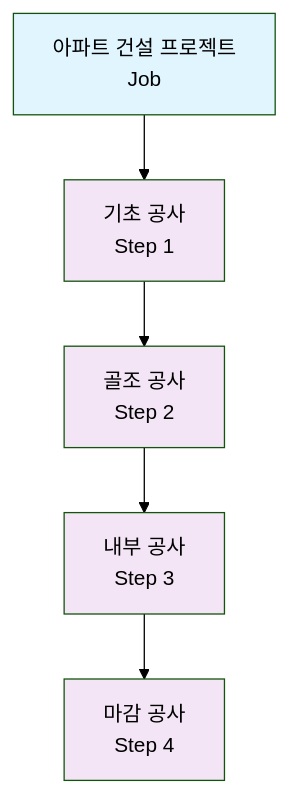
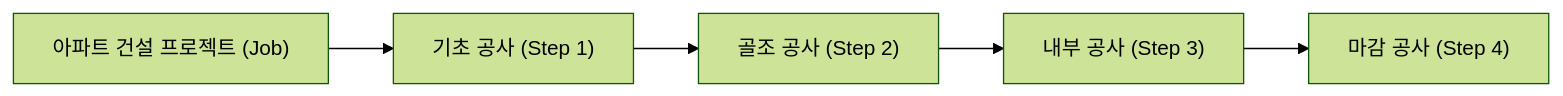
Before and after one commit to Jonny-Cho/jonny-cho.github.io: the first of 3 diagrams in content/spring/2025-07-27-spring-batch-chapter1-what-is-spring-batch.md, drawn with Mermaid (forest theme). The commit also changed other lines of this file and 1 other file, not shown here.

Commit message:
chore: mermaid에서 br 제거

````diff
--- a/content/spring/2025-07-27-spring-batch-chapter1-what-is-spring-batch.md
+++ b/content/spring/2025-07-27-spring-batch-chapter1-what-is-spring-batch.md
@@ -145,13 +145,13 @@
 ```mermaid
-graph TD
-    A[아파트 건설 프로젝트<br/>Job] --> B[기초 공사<br/>Step 1]
-    B --> C[골조 공사<br/>Step 2]
-    C --> D[내부 공사<br/>Step 3]
-    D --> E[마감 공사<br/>Step 4]
+graph LR
+    A["아파트 건설 프로젝트 (Job)"]
+    B["기초 공사 (Step 1)"]
+    C["골조 공사 (Step 2)"]
+    D["내부 공사 (Step 3)"]
+    E["마감 공사 (Step 4)"]
     
-    style A fill:#e1f5fe
-    style B fill:#f3e5f5
-    style C fill:#f3e5f5
-    style D fill:#f3e5f5
-    style E fill:#f3e5f5
+    A --> B
+    B --> C
+    C --> D
+    D --> E
 ```
````
